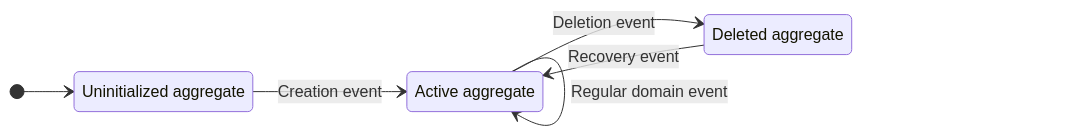
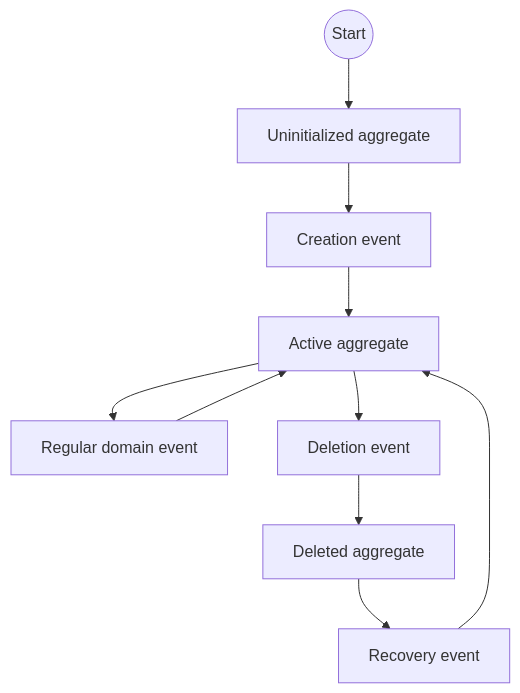
One commit to Ahoo-Wang/Wow changed the diagram in documentation/docs/en/guide/domain/lifecycle.md. Above: the diagram before and after it, drawn with Mermaid. The commit also changed 19 other files, not shown here.

Commit message:
docs: improve Mermaid diagram readability

````diff
--- a/documentation/docs/en/guide/domain/lifecycle.md
+++ b/documentation/docs/en/guide/domain/lifecycle.md
@@ -11,12 +11,12 @@
 ```mermaid
-stateDiagram-v2
-    direction LR
-    state "Uninitialized aggregate" as Empty
-    state "Active aggregate" as Active
-    state "Deleted aggregate" as Deleted
-    [*] --> Empty
-    Empty --> Active: Creation event
-    Active --> Active: Regular domain event
-    Active --> Deleted: Deletion event
-    Deleted --> Active: Recovery event
+flowchart TB
+    Start((Start)) --> Empty["Uninitialized aggregate"]
+    Empty --> Created["Creation event"]
+    Created --> Active["Active aggregate"]
+    Active --> Regular["Regular domain event"]
+    Regular --> Active
+    Active --> DeletedEvent["Deletion event"]
+    DeletedEvent --> Deleted["Deleted aggregate"]
+    Deleted --> Recovery["Recovery event"]
+    Recovery --> Active
 ```
````
